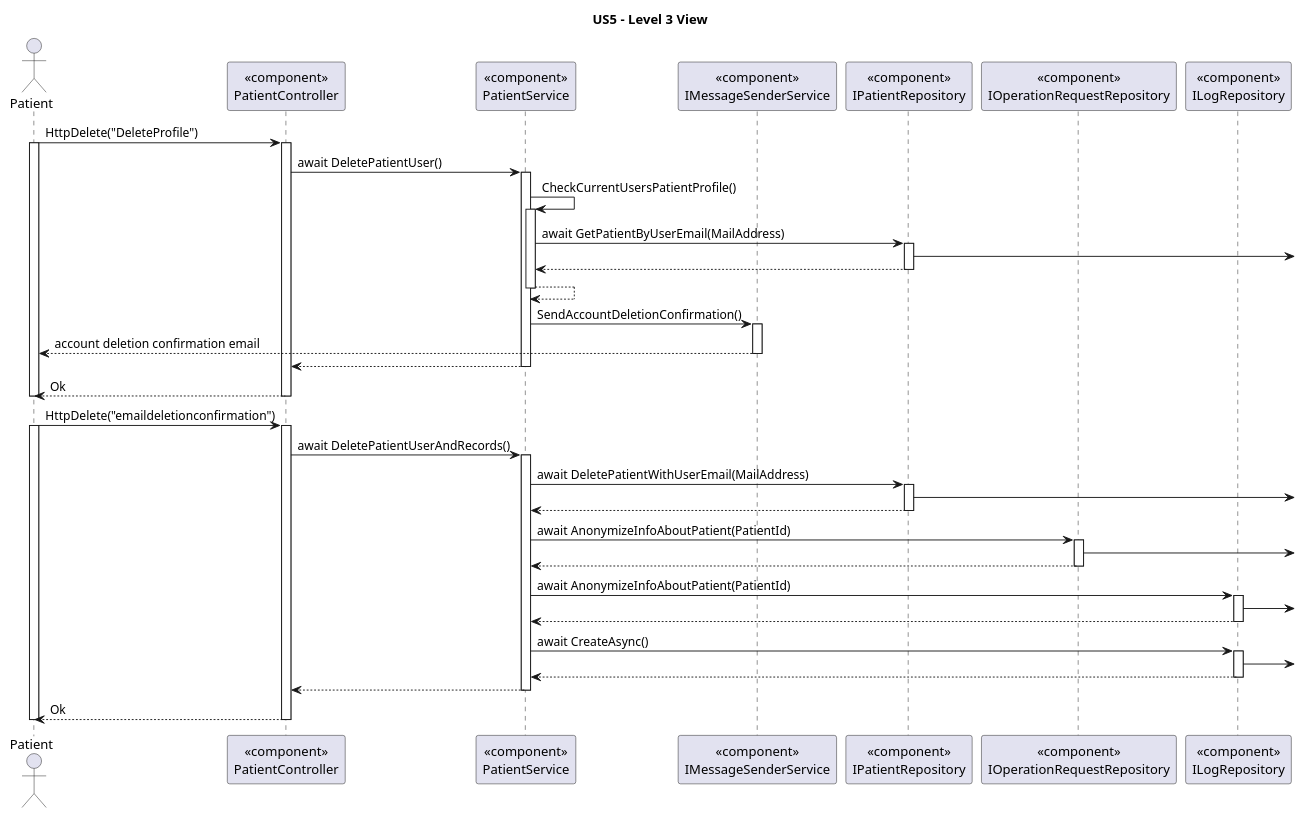
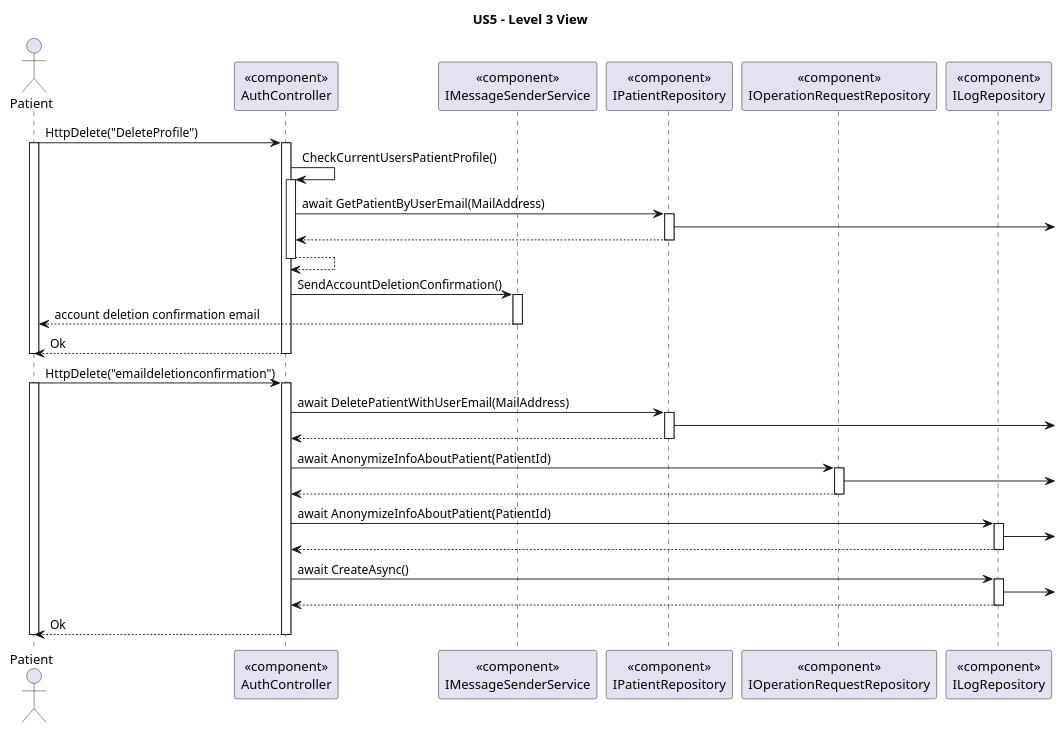
The diagram in docs/user_stories/sprint-a/us5/views/level-3/US5-level-3-view.puml (andredsferreira/p5sem-3dj-g59), drawn with PlantUML before and after one commit. The commit also changed 12 other files, not shown here.

```diff
--- a/docs/user_stories/sprint-a/us5/views/level-3/US5-level-3-view.puml
+++ b/docs/user_stories/sprint-a/us5/views/level-3/US5-level-3-view.puml
@@ -12,77 +12,64 @@
 @startuml
 
 title US5 - Level 3 View
 
 actor Patient as U
-participant "«component»\nPatientController" as ctrl
-participant "«component»\nPatientService" as service
+participant "«component»\nAuthController" as ctrl
 participant "«component»\nIMessageSenderService" as messageService
 
 participant "«component»\nIPatientRepository" as patrepo
 participant "«component»\nIOperationRequestRepository" as oprepo
 participant "«component»\nILogRepository" as logrepo
 
 U -> ctrl : HttpDelete("DeleteProfile")
 activate U
 activate ctrl
 
-ctrl -> service : await DeletePatientUser()
-activate service
-
-service -> service : CheckCurrentUsersPatientProfile()
-activate service
-service -> patrepo : await GetPatientByUserEmail(MailAddress)
+ctrl -> ctrl : CheckCurrentUsersPatientProfile()
+activate ctrl
+ctrl -> patrepo : await GetPatientByUserEmail(MailAddress)
 activate patrepo
 patrepo ->
-patrepo --> service
+patrepo --> ctrl
 deactivate patrepo
-service --> service
-deactivate service
+ctrl --> ctrl
+deactivate ctrl
 
-service -> messageService : SendAccountDeletionConfirmation()
+ctrl -> messageService : SendAccountDeletionConfirmation()
 activate messageService
 messageService --> U : account deletion confirmation email
 deactivate messageService
-service --> ctrl
-deactivate service
 ctrl --> U : Ok
 deactivate ctrl
 deactivate U
 
 U -> ctrl : HttpDelete("emaildeletionconfirmation")
 activate U
 activate ctrl
 
-ctrl -> service : await DeletePatientUserAndRecords()
-activate service
-
-
-service -> patrepo : await DeletePatientWithUserEmail(MailAddress)
+ctrl -> patrepo : await DeletePatientWithUserEmail(MailAddress)
 activate patrepo
 patrepo ->
-patrepo --> service
+patrepo --> ctrl
 deactivate patrepo
-service -> oprepo : await AnonymizeInfoAboutPatient(PatientId)
+ctrl -> oprepo : await AnonymizeInfoAboutPatient(PatientId)
 activate oprepo
 oprepo ->
-oprepo --> service
+oprepo --> ctrl
 deactivate oprepo
-service -> logrepo : await AnonymizeInfoAboutPatient(PatientId)
+ctrl -> logrepo : await AnonymizeInfoAboutPatient(PatientId)
 activate logrepo
 logrepo ->
-logrepo --> service
+logrepo --> ctrl
 deactivate logrepo
 
-service -> logrepo : await CreateAsync()
+ctrl -> logrepo : await CreateAsync()
 activate logrepo
 logrepo ->
-logrepo --> service
+logrepo --> ctrl
 deactivate logrepo
-
-service --> ctrl
-deactivate service
 ctrl --> U : Ok
 deactivate ctrl
 deactivate U
 
 @enduml
```
